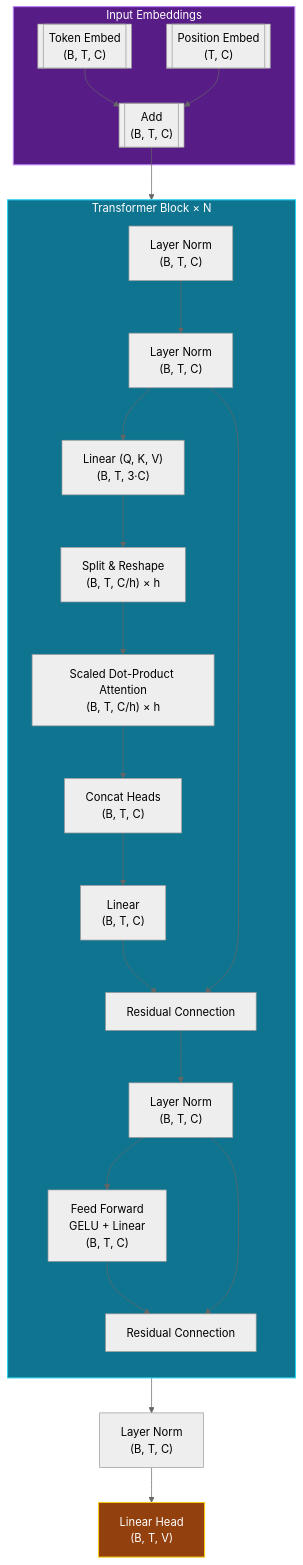
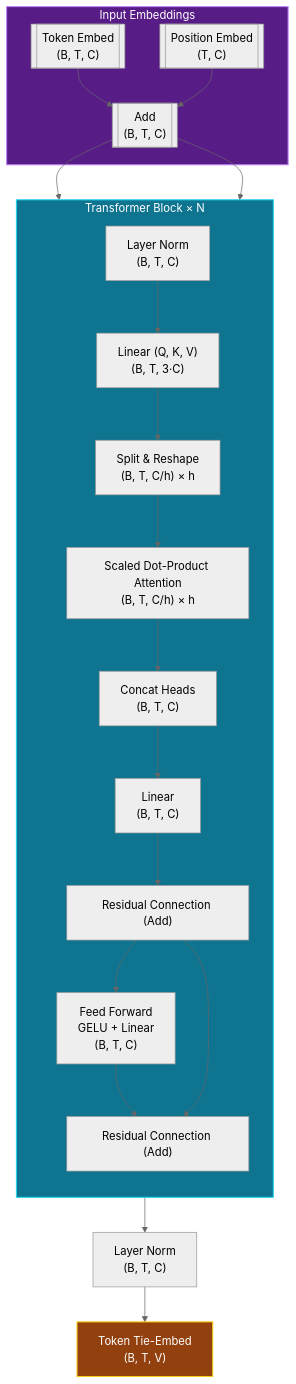
One commit to Reidmen/jnanogpt changed the first of 2 diagrams in README.md. Above: the diagram before and after it, drawn with Mermaid (neutral theme). The commit also changed other lines of this file, not shown here.

Commit message:
updated mermaid

````diff
--- a/README.md
+++ b/README.md
@@ -86,51 +86,50 @@
 ```mermaid
 flowchart TD
     subgraph Embed["Input Embeddings"]
         TokenEmbed[["Token Embed<br/>(B, T, C)"]]
         PosEmbed[["Position Embed<br/>(T, C)"]]
         AddPos[["Add<br/>(B, T, C)"]]
         TokenEmbed --> AddPos
         PosEmbed --> AddPos
     end
-
-    AddPos --> LN0["Layer Norm<br/>(B, T, C)"]
 
     subgraph Block["Transformer Block × N"]
         direction TB
 
         %% Self-Attention
         LN1["Layer Norm<br/>(B, T, C)"]
         LinearQKV["Linear (Q, K, V)<br/>(B, T, 3·C)"]
         SplitHeads["Split & Reshape<br/>(B, T, C/h) × h"]
         SDPA["Scaled Dot-Product Attention<br/>(B, T, C/h) × h"]
         ConcatHeads["Concat Heads<br/>(B, T, C)"]
         LinearProj["Linear<br/>(B, T, C)"]
-        Residual1["Residual Connection"]
+        Residual1["Residual Connection (Add)"]
 
         %% MLP
-        LN2["Layer Norm<br/>(B, T, C)"]
+        %% LN2["Layer Norm<br/>(B, T, C)"]
         FF["Feed Forward<br/>GELU + Linear<br/>(B, T, C)"]
-        Residual2["Residual Connection"]
+        Residual2["Residual Connection (Add)"]
 
-        LN0 --> LN1
+        %% Full Transformer block
+        AddPos --> LN1
         LN1 --> LinearQKV
         LinearQKV --> SplitHeads
         SplitHeads --> SDPA
         SDPA --> ConcatHeads
         ConcatHeads --> LinearProj
         LinearProj --> Residual1
-        LN1 --> Residual1
-        Residual1 --> LN2
-        LN2 --> FF
+        Residual1 --> FF
         FF --> Residual2
-        LN2 --> Residual2
+        Residual1 --> Residual2
+
+        AddPos --> Residual1
     end
 
     Residual2 --> FinalLN["Layer Norm<br/>(B, T, C)"]
-    FinalLN --> LMHead["Linear Head<br/>(B, T, V)"]
+    FinalLN --> LMHead["Token Tie-Embed <br/>(B, T, V)"]
 
     %% Updated styles for dark mode
     style Embed fill:#581C87,stroke:#C084FC,stroke-width:1.5px,color:#FFFFFF
     style Block fill:#0E7490,stroke:#22D3EE,stroke-width:1.5px,color:#FFFFFF
     style LMHead fill:#92400E,stroke:#FACC15,stroke-width:1.5px,color:#FFFFFF
 ```
````
